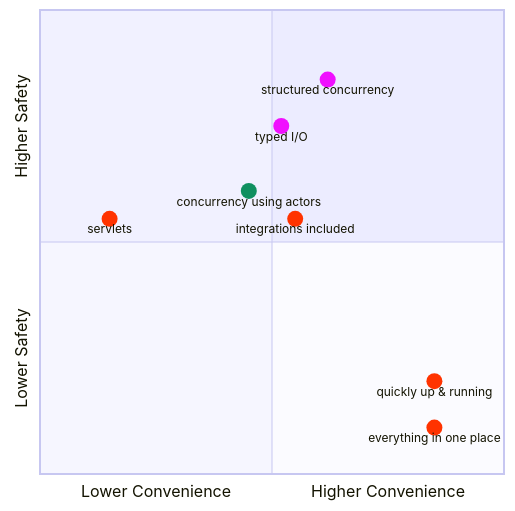
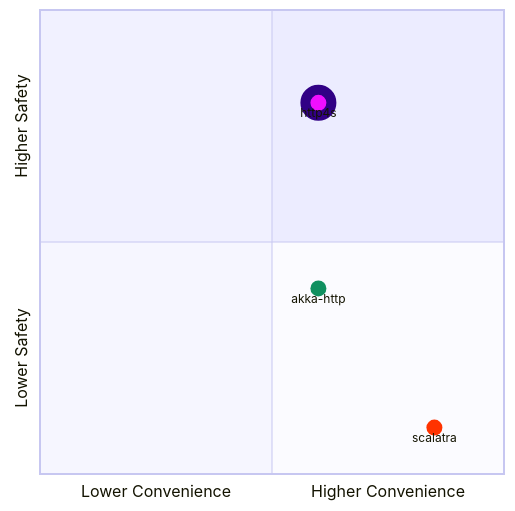
One commit to polyvariant/flavors-of-scala changed diagram 11 of 14 in slides/http.md. Above: the diagram before and after it, drawn with Mermaid. The commit also changed other lines of this file and 3 other files, not shown here.

Commit message:
Improve the http flow, simplify, remove slides

````diff
--- a/slides/http.md
+++ b/slides/http.md
@@ -946,18 +724,13 @@
 ```mermaid {scale: 0.8}
 quadrantChart
   x-axis Lower Convenience --> Higher Convenience
   y-axis Lower Safety --> Higher Safety
-  everything in one place:::scalatra: [0.85, 0.1]
-  quickly up & running:::scalatra: [0.85, 0.2]
-  servlets:::scalatra: [0.15, 0.55]
-  integrations included:::scalatra: [0.55, 0.55]
-  concurrency using actors:::actors: [0.45, 0.61]
-  typed I/O:::io: [0.52, 0.75]
-  structured concurrency:::io: [0.62, 0.85]
+  scalatra:::scalatra: [0.85, 0.1]
+  akka-http:::akka: [0.6, 0.4]
+  http4s:::http4s: [0.6, 0.8]
 
   classDef scalatra color: #ff3300, radius : 8
-  classDef actors color: #109060, radius : 8
-  classDef io color: #f00fff, radius : 8
-  classDef class2 color: #908342, radius : 8, stroke-color: #310085, stroke-width: 10px
-  classDef class3 color: #f00fff, radius : 8
+  classDef akka color: #109060, radius : 8
+  classDef http4s color: #f00fff, radius : 13, stroke-color: #310085, stroke-width: 10px
+  classDef tapir color: #F99111, radius : 8
 ```
````
